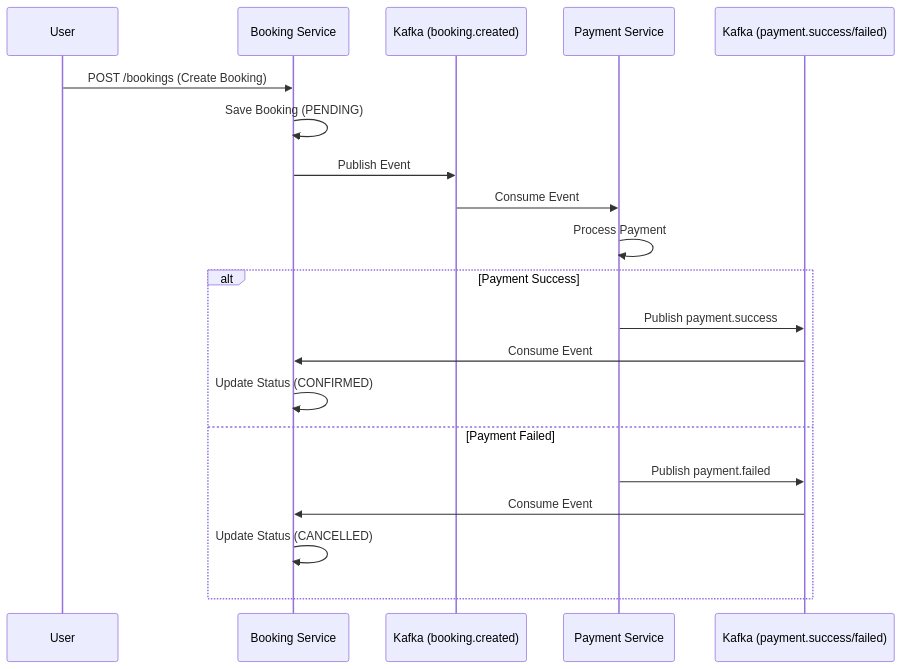
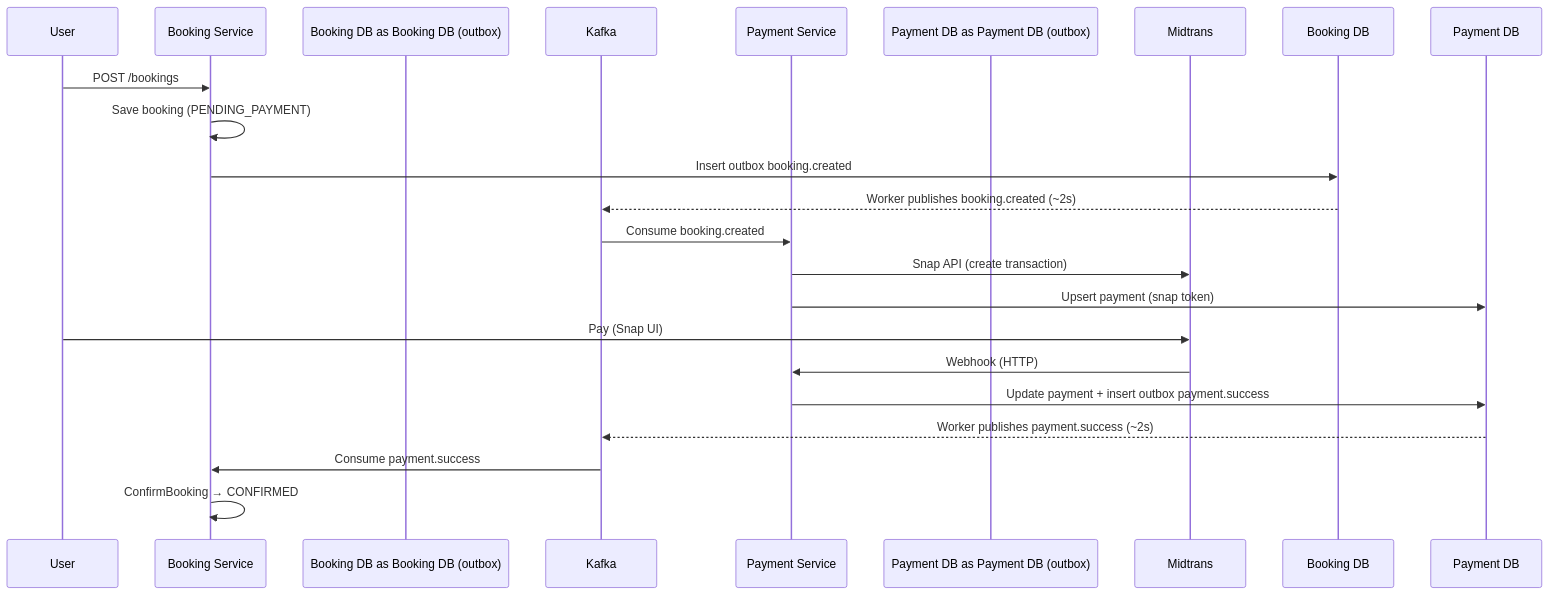
One commit to gavinadlan/tripnest changed the diagram in README.md. Above: the diagram before and after it, drawn with Mermaid. The commit also changed other lines of this file, not shown here.

````diff
--- a/README.md
+++ b/README.md
@@ -22,23 +33,24 @@
 ```mermaid
 sequenceDiagram
     participant User
     participant Booking Service
-    participant Kafka (booking.created)
+    participant Booking DB as Booking DB (outbox)
+    participant Kafka as Kafka
     participant Payment Service
-    participant Kafka (payment.success/failed)
+    participant Payment DB as Payment DB (outbox)
+    participant Midtrans
 
-    User->>Booking Service: POST /bookings (Create Booking)
-    Booking Service->>Booking Service: Save Booking (PENDING)
-    Booking Service->>Kafka (booking.created): Publish Event
-    Kafka (booking.created)->>Payment Service: Consume Event
-    Payment Service->>Payment Service: Process Payment
-    alt Payment Success
-        Payment Service->>Kafka (payment.success/failed): Publish payment.success
-        Kafka (payment.success/failed)->>Booking Service: Consume Event
-        Booking Service->>Booking Service: Update Status (CONFIRMED)
-    else Payment Failed
-        Payment Service->>Kafka (payment.success/failed): Publish payment.failed
-        Kafka (payment.success/failed)->>Booking Service: Consume Event
-        Booking Service->>Booking Service: Update Status (CANCELLED)
-    end
+    User->>Booking Service: POST /bookings
+    Booking Service->>Booking Service: Save booking (PENDING_PAYMENT)
+    Booking Service->>Booking DB: Insert outbox booking.created
+    Booking DB-->>Kafka: Worker publishes booking.created (~2s)
+    Kafka->>Payment Service: Consume booking.created
+    Payment Service->>Midtrans: Snap API (create transaction)
+    Payment Service->>Payment DB: Upsert payment (snap token)
+    User->>Midtrans: Pay (Snap UI)
+    Midtrans->>Payment Service: Webhook (HTTP)
+    Payment Service->>Payment DB: Update payment + insert outbox payment.success
+    Payment DB-->>Kafka: Worker publishes payment.success (~2s)
+    Kafka->>Booking Service: Consume payment.success
+    Booking Service->>Booking Service: ConfirmBooking → CONFIRMED
 ```
````
